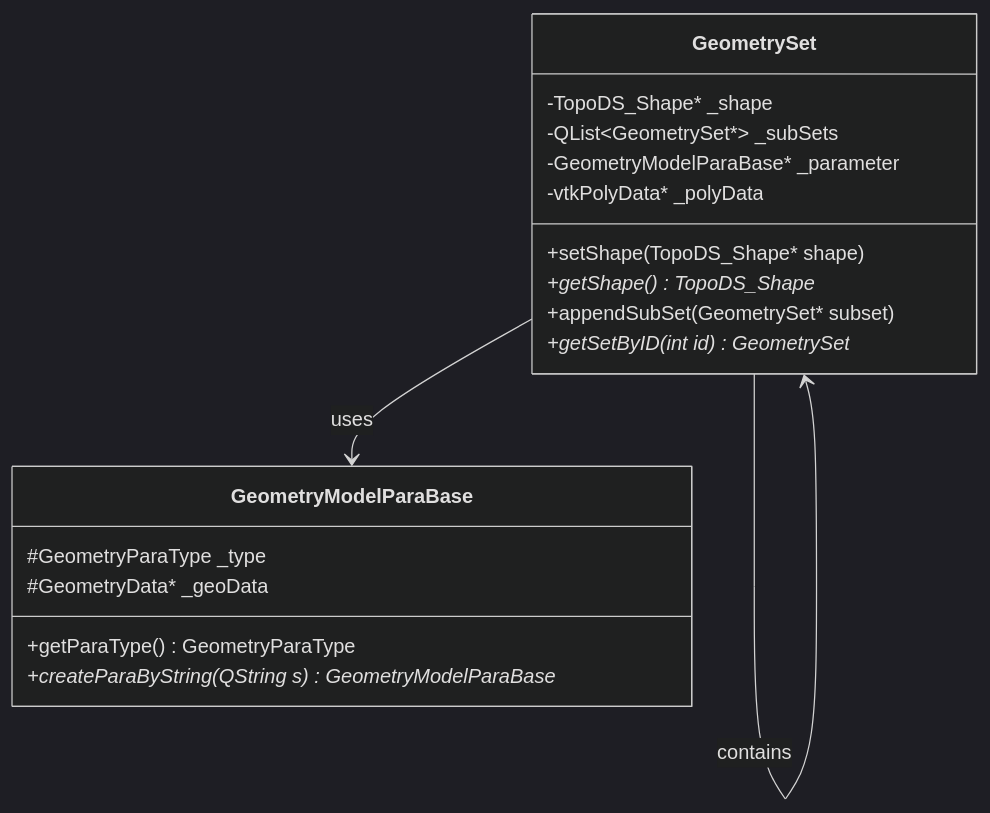
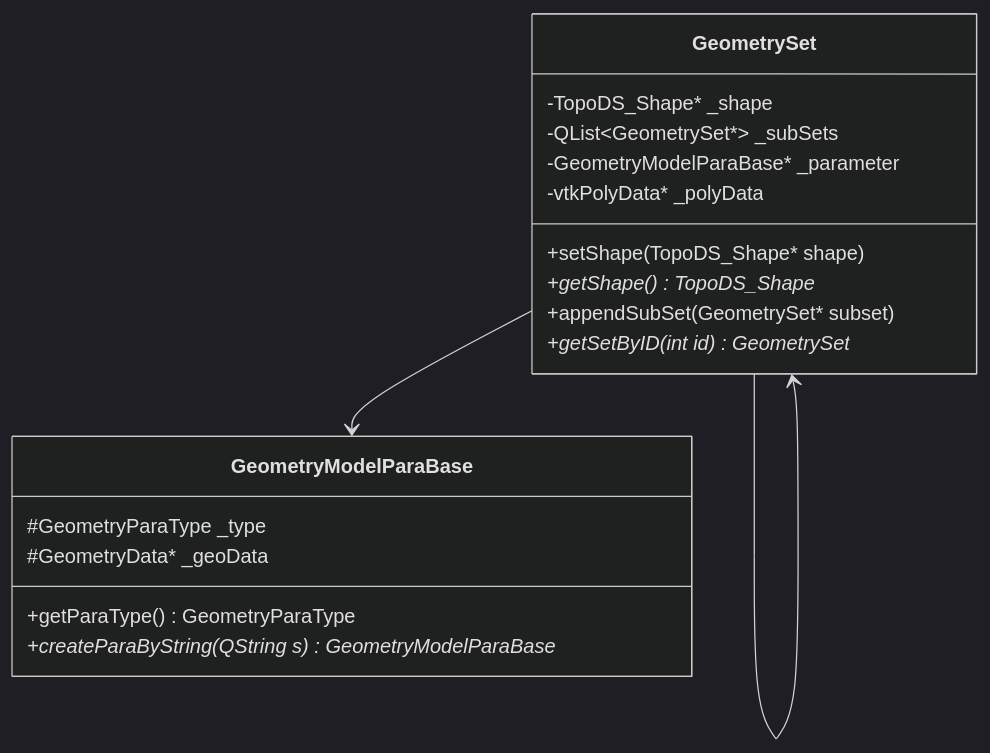
One commit to superanet/fastcae changed the eighth of 15 diagrams in documents/FastCAE技术分析报告_改进版.md. Above: the diagram before and after it, drawn with Mermaid (dark theme). The commit also changed other lines of this file, not shown here.

Commit message:
修复：修复mermaid图表错误

````diff
--- a/documents/FastCAE技术分析报告_改进版.md
+++ b/documents/FastCAE技术分析报告_改进版.md
@@ -1430,23 +1430,23 @@
    ```mermaid
    classDiagram
        class GeometrySet {
            -TopoDS_Shape* _shape
            -QList~GeometrySet*~ _subSets
            -GeometryModelParaBase* _parameter
            -vtkPolyData* _polyData
            +setShape(TopoDS_Shape* shape)
            +getShape() TopoDS_Shape*
            +appendSubSet(GeometrySet* subset)
            +getSetByID(int id) GeometrySet*
        }
 
        class GeometryModelParaBase {
            #GeometryParaType _type
            #GeometryData* _geoData
            +getParaType() GeometryParaType
            +createParaByString(QString s) GeometryModelParaBase*
        }
 
-       GeometrySet --> GeometrySet : contains
-       GeometrySet --> GeometryModelParaBase : uses
+       GeometrySet --> GeometrySet
+       GeometrySet --> GeometryModelParaBase
    ```
````
